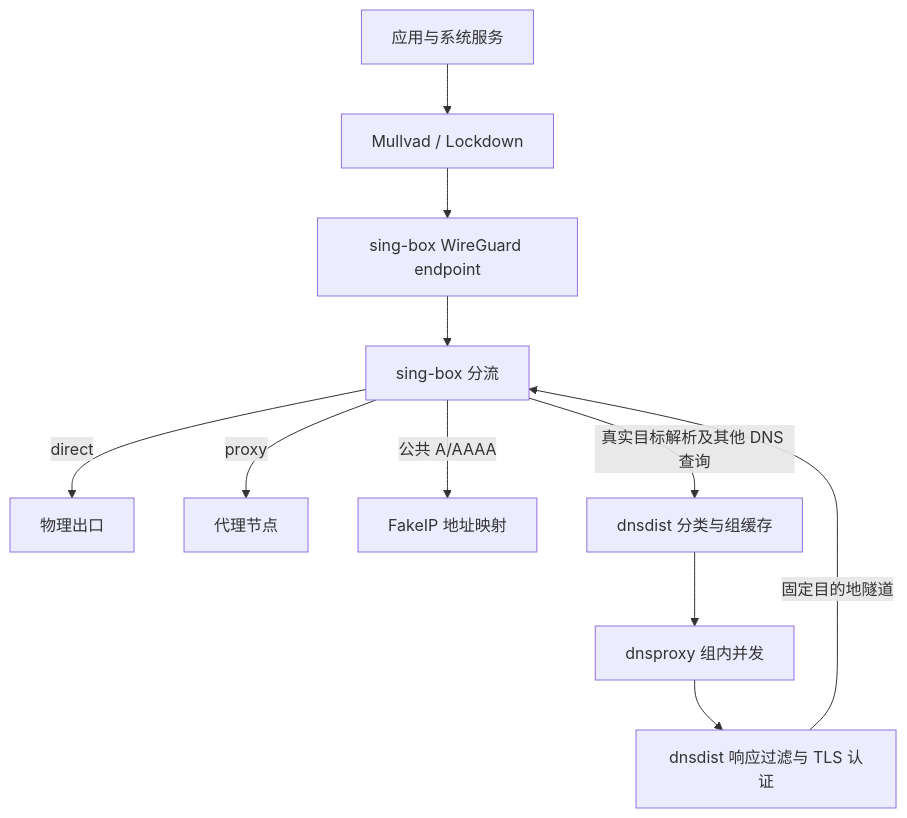
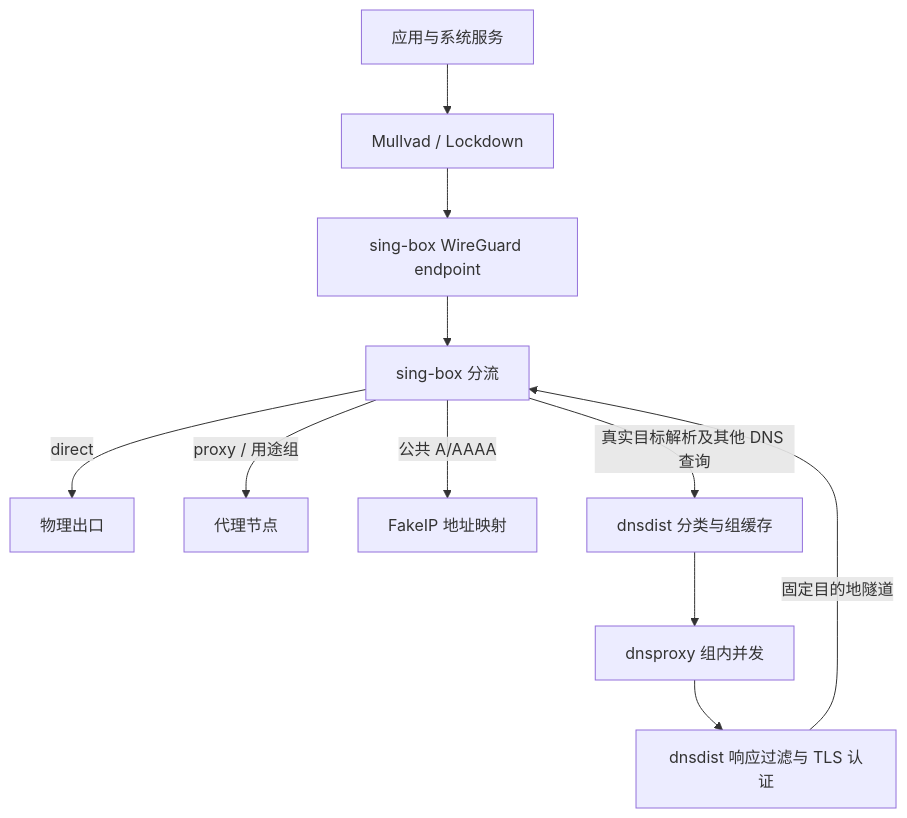
One commit to hellodword/nixos-config changed the diagram in docs/network.md. Above: the diagram before and after it, drawn with Mermaid. The commit also changed other lines of this file and 12 other files, not shown here.

````diff
--- a/docs/network.md
+++ b/docs/network.md
@@ -19,13 +15,13 @@
 ```mermaid
 flowchart TD
-  App[应用与系统服务] --> MV[Mullvad / Lockdown]
-  MV --> WG[sing-box WireGuard endpoint]
-  WG --> SB[sing-box 分流]
-  SB -->|direct| Physical[物理出口]
-  SB -->|proxy| Remote[代理节点]
-  SB -->|公共 A/AAAA| Fake[FakeIP 地址映射]
-  SB -->|真实目标解析及其他 DNS 查询| DD[dnsdist 分类与组缓存]
-  DD --> Race[dnsproxy 组内并发]
-  Race --> Filter[dnsdist 响应过滤与 TLS 认证]
+  App["应用与系统服务"] --> MV["Mullvad / Lockdown"]
+  MV --> WG["sing-box WireGuard endpoint"]
+  WG --> SB["sing-box 分流"]
+  SB -->|direct| Physical["物理出口"]
+  SB -->|proxy / 用途组| Remote["代理节点"]
+  SB -->|公共 A/AAAA| Fake["FakeIP 地址映射"]
+  SB -->|真实目标解析及其他 DNS 查询| DD["dnsdist 分类与组缓存"]
+  DD --> Race["dnsproxy 组内并发"]
+  Race --> Filter["dnsdist 响应过滤与 TLS 认证"]
   Filter -->|固定目的地隧道| SB
 ```
````
